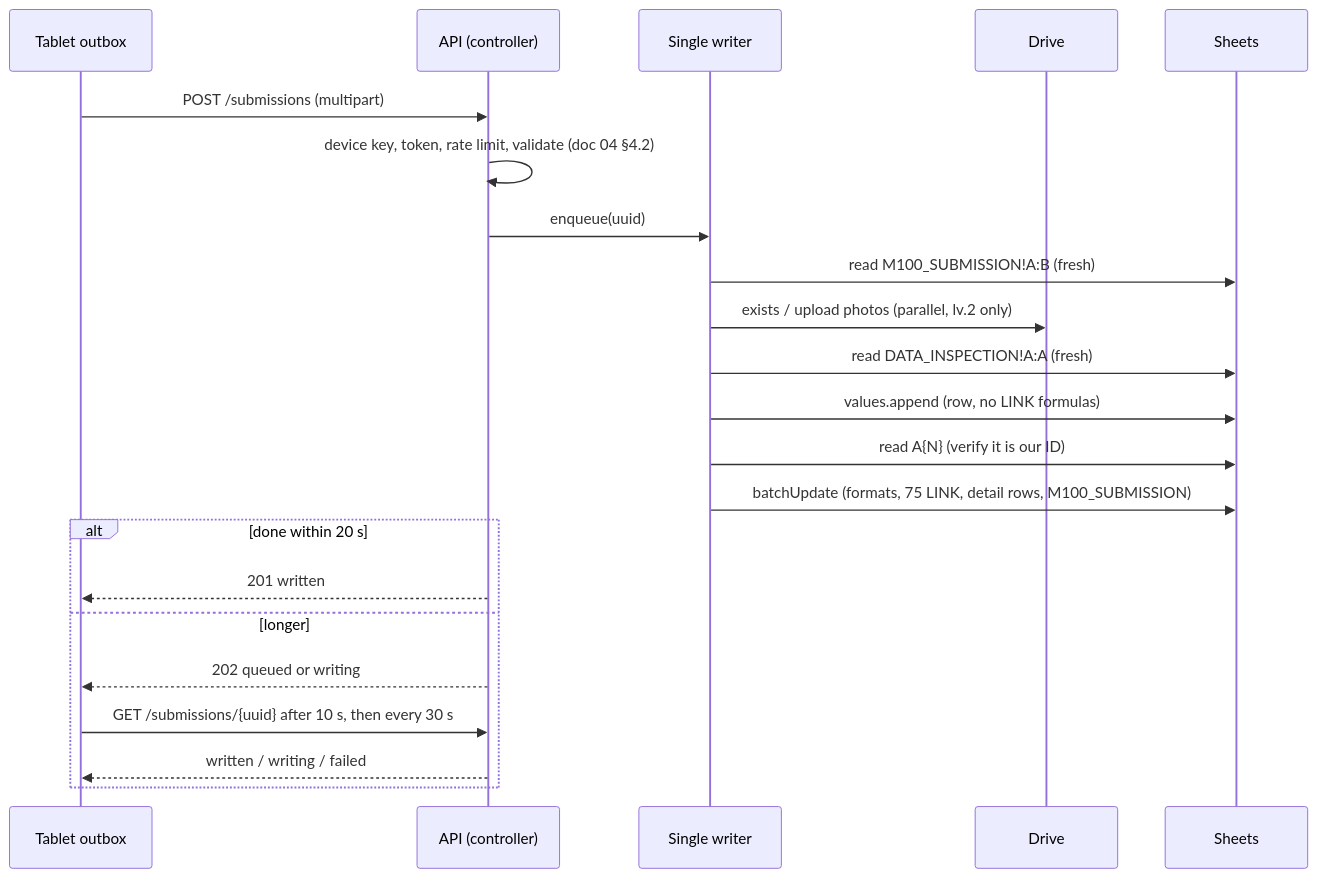
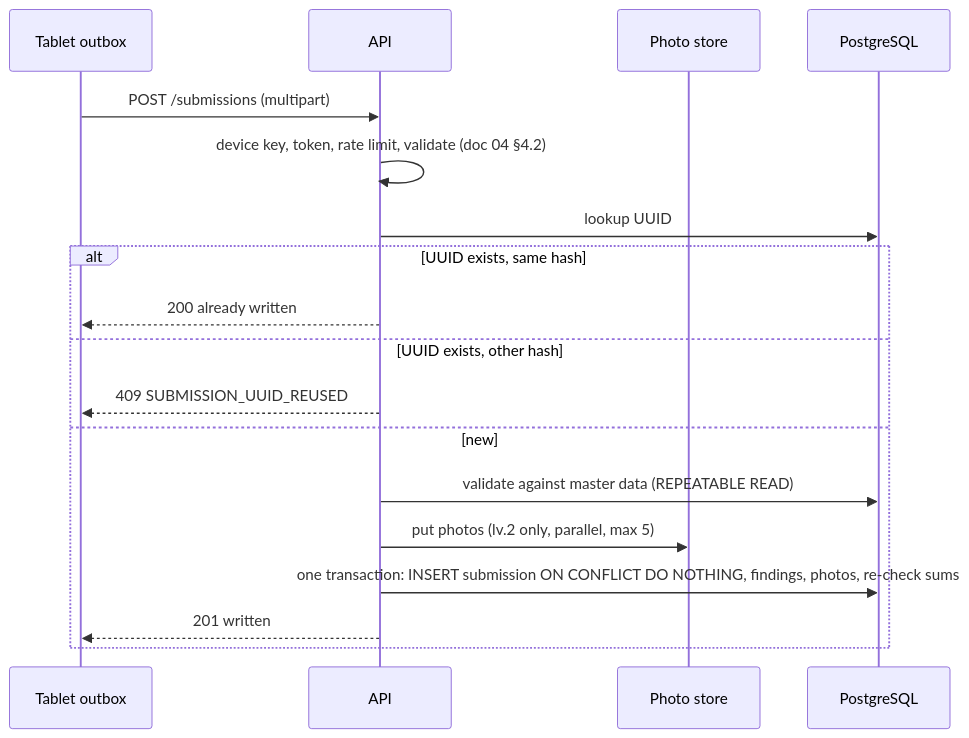
Before and after one commit to WildanPratama02/mobile-100-inspection: the second of 2 diagrams in docs/03-tdd.md, drawn with Mermaid. The commit also changed other lines of this file and 9 other files, not shown here.

First line of the commit message:
docs: move the backend from Google Sheets to PostgreSQL (ADR-018)

````diff
--- a/docs/03-tdd.md
+++ b/docs/03-tdd.md
@@ -209,24 +202,20 @@
 ```mermaid
 sequenceDiagram
   participant T as Tablet outbox
-  participant A as API (controller)
-  participant W as Single writer
-  participant D as Drive
-  participant S as Sheets
+  participant A as API
+  participant P as Photo store
+  participant D as PostgreSQL
   T->>A: POST /submissions (multipart)
   A->>A: device key, token, rate limit, validate (doc 04 §4.2)
-  A->>W: enqueue(uuid)
-  W->>S: read M100_SUBMISSION!A:B (fresh)
-  W->>D: exists / upload photos (parallel, lv.2 only)
-  W->>S: read DATA_INSPECTION!A:A (fresh)
-  W->>S: values.append (row, no LINK formulas)
-  W->>S: read A{N} (verify it is our ID)
-  W->>S: batchUpdate (formats, 75 LINK, detail rows, M100_SUBMISSION)
-  alt done within 20 s
+  A->>D: lookup UUID
+  alt UUID exists, same hash
+    A-->>T: 200 already written
+  else UUID exists, other hash
+    A-->>T: 409 SUBMISSION_UUID_REUSED
+  else new
+    A->>D: validate against master data (REPEATABLE READ)
+    A->>P: put photos (lv.2 only, parallel, max 5)
+    A->>D: one transaction: INSERT submission ON CONFLICT DO NOTHING, findings, photos, re-check sums
     A-->>T: 201 written
-  else longer
-    A-->>T: 202 queued or writing
-    T->>A: GET /submissions/{uuid} after 10 s, then every 30 s
-    A-->>T: written / writing / failed
   end
 ```
````
